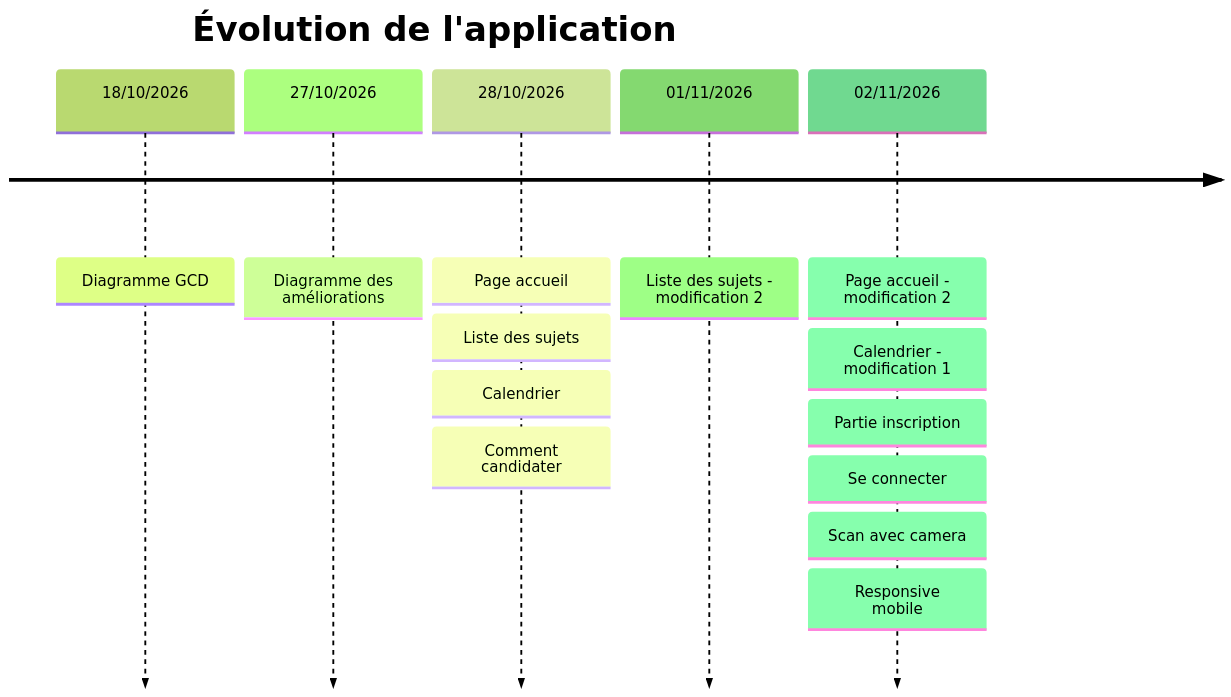
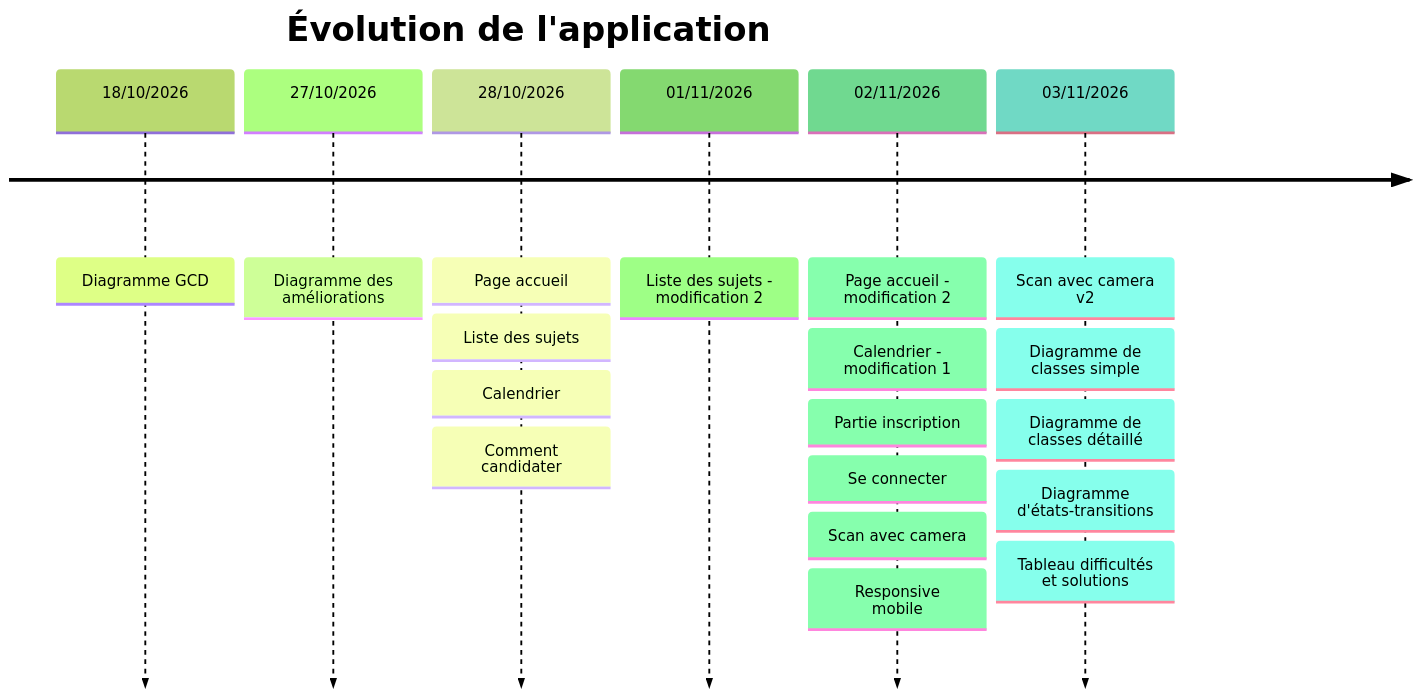
Before and after one commit to ElmoufaouedAya/TP_Dev_Logicielle: the diagram in README.md, drawn with Mermaid (forest theme).

````diff
--- a/README.md
+++ b/README.md
@@ -7,9 +7,10 @@
 ```mermaid
 timeline
     title Évolution de l'application
     18/10/2026 : Diagramme GCD
     27/10/2026 : Diagramme des améliorations
     28/10/2026 : Page accueil : Liste des sujets : Calendrier : Comment candidater
     01/11/2026 : Liste des sujets - modification 2
     02/11/2026 : Page accueil - modification 2 : Calendrier - modification 1 : Partie inscription : Se connecter : Scan avec camera : Responsive mobile
+    03/11/2026 : Scan avec camera v2 : Diagramme de classes simple : Diagramme de classes détaillé : Diagramme d'états-transitions : Tableau difficultés et solutions
 ```
````
